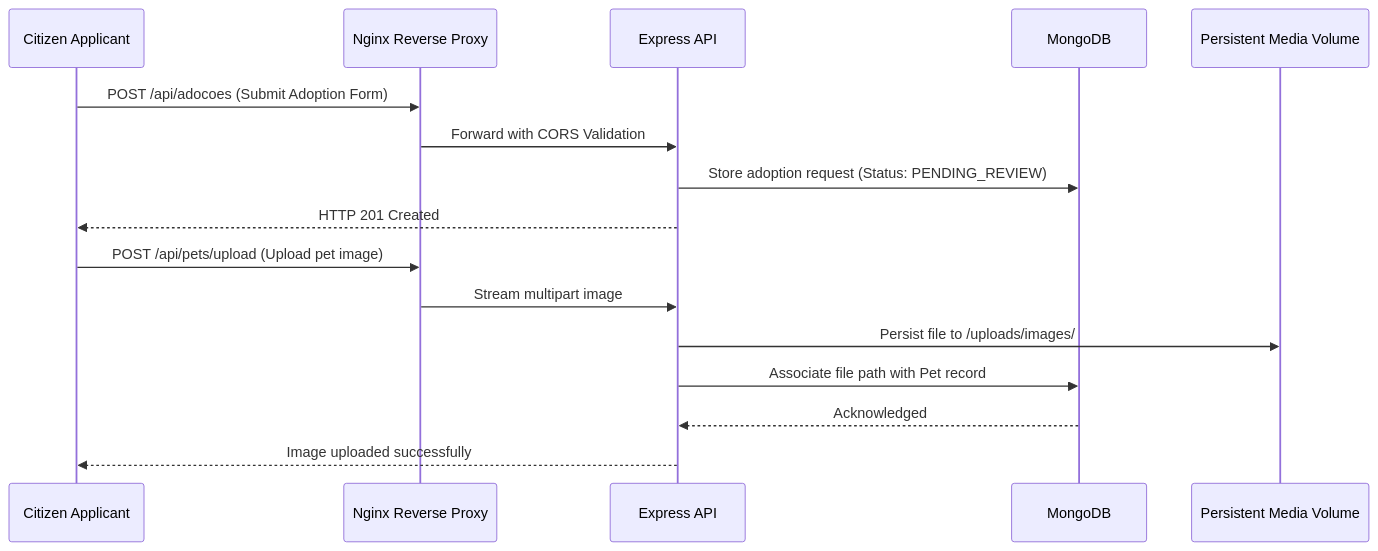
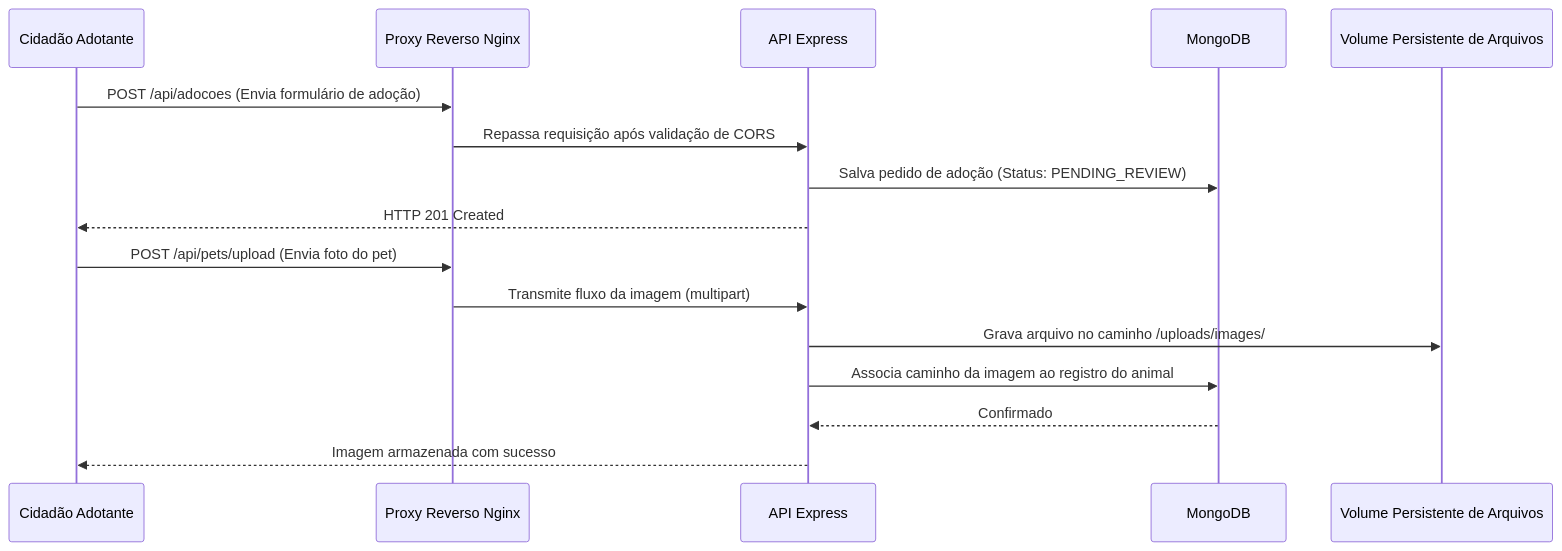
One commit to Fcsscoder/case-studies changed the second of 2 diagrams in frontend-and-web-apps/community-welfare-adoption-platform/README.md. Above: the diagram before and after it, drawn with Mermaid. The commit also changed other lines of this file and 21 other files, not shown here.

````diff
--- a/frontend-and-web-apps/community-welfare-adoption-platform/README.md
+++ b/frontend-and-web-apps/community-welfare-adoption-platform/README.md
@@ -37,20 +37,20 @@
 ```mermaid
 sequenceDiagram
-    participant User as Citizen Applicant
-    participant Nginx as Nginx Reverse Proxy
-    participant API as Express API
+    participant User as Cidadão Adotante
+    participant Nginx as Proxy Reverso Nginx
+    participant API as API Express
     participant DB as MongoDB
-    participant Storage as Persistent Media Volume
+    participant Storage as Volume Persistente de Arquivos
 
-    User->>Nginx: POST /api/adocoes (Submit Adoption Form)
-    Nginx->>API: Forward with CORS Validation
-    API->>DB: Store adoption request (Status: PENDING_REVIEW)
+    User->>Nginx: POST /api/adocoes (Envia formulário de adoção)
+    Nginx->>API: Repassa requisição após validação de CORS
+    API->>DB: Salva pedido de adoção (Status: PENDING_REVIEW)
     API-->>User: HTTP 201 Created
     
-    User->>Nginx: POST /api/pets/upload (Upload pet image)
-    Nginx->>API: Stream multipart image
-    API->>Storage: Persist file to /uploads/images/
-    API->>DB: Associate file path with Pet record
-    DB-->>API: Acknowledged
-    API-->>User: Image uploaded successfully
+    User->>Nginx: POST /api/pets/upload (Envia foto do pet)
+    Nginx->>API: Transmite fluxo da imagem (multipart)
+    API->>Storage: Grava arquivo no caminho /uploads/images/
+    API->>DB: Associa caminho da imagem ao registro do animal
+    DB-->>API: Confirmado
+    API-->>User: Imagem armazenada com sucesso
 ```
````
